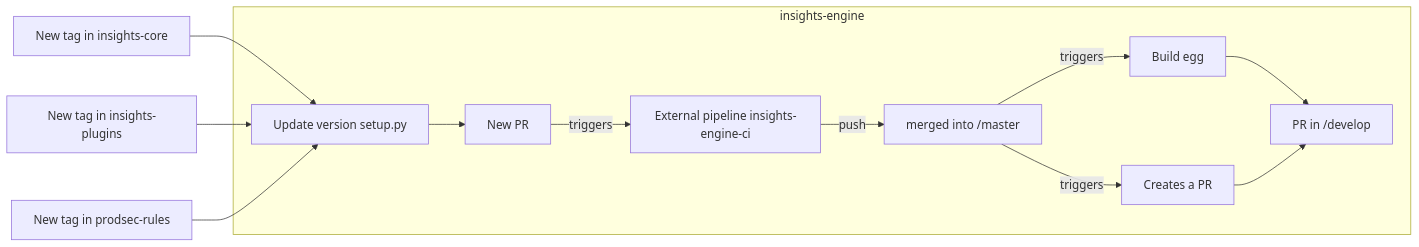
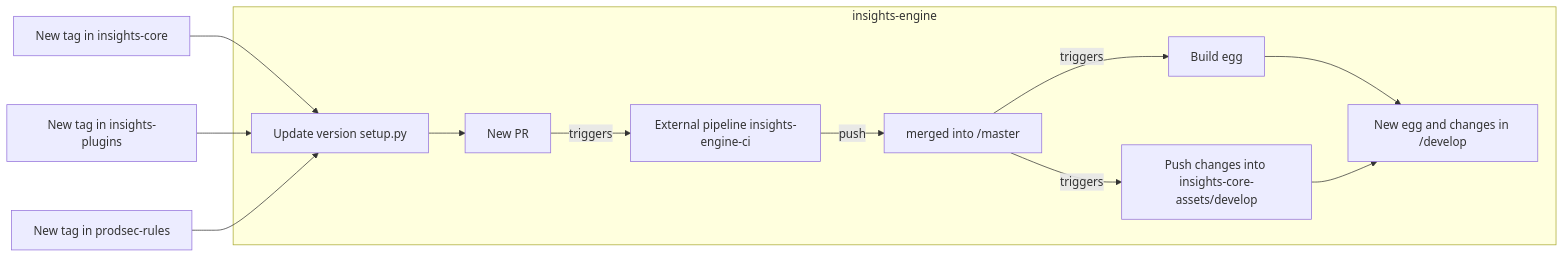
One commit to ahitacat/mermaid-diagrams changed the diagram in egg-release-1.mmd. Above: the diagram before and after it, drawn with Mermaid. The commit also changed 1 other file, not shown here.

Commit message:
egg release 2 diagrams

```diff
--- a/egg-release-1.mmd
+++ b/egg-release-1.mmd
@@ -1,14 +1,14 @@
 flowchart LR
     A[New tag in insights-core]-->D
     B[New tag in insights-plugins]-->D
     C[New tag in prodsec-rules]-->D
     subgraph insights-engine
     D[Update version setup.py]-->E
     E[New PR]--triggers-->F
     F[External pipeline insights-engine-ci]--push-->G
     G[merged into /master]--triggers-->H
     G--triggers-->I
     H[Build egg]-->J
-    I[Creates a PR]-->J
-    J[PR in /develop]
+    I[Push changes into insights-core-assets/develop]-->J
+    J[New egg and changes in /develop]
     end
```
